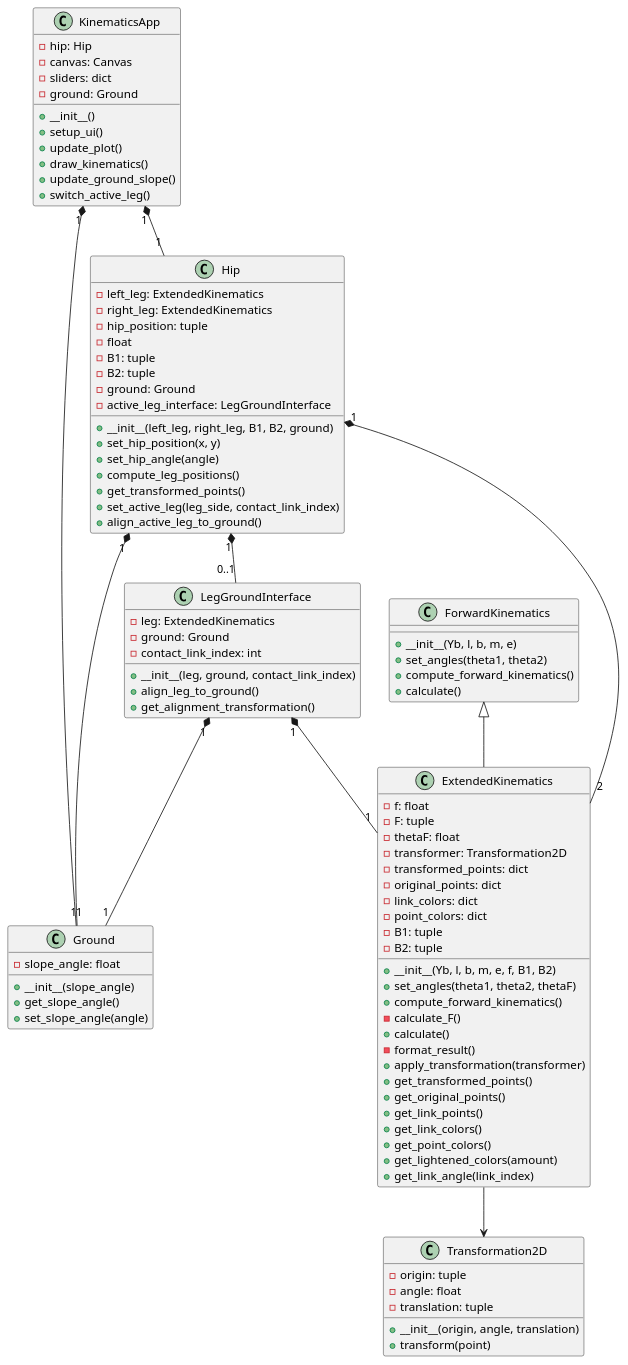
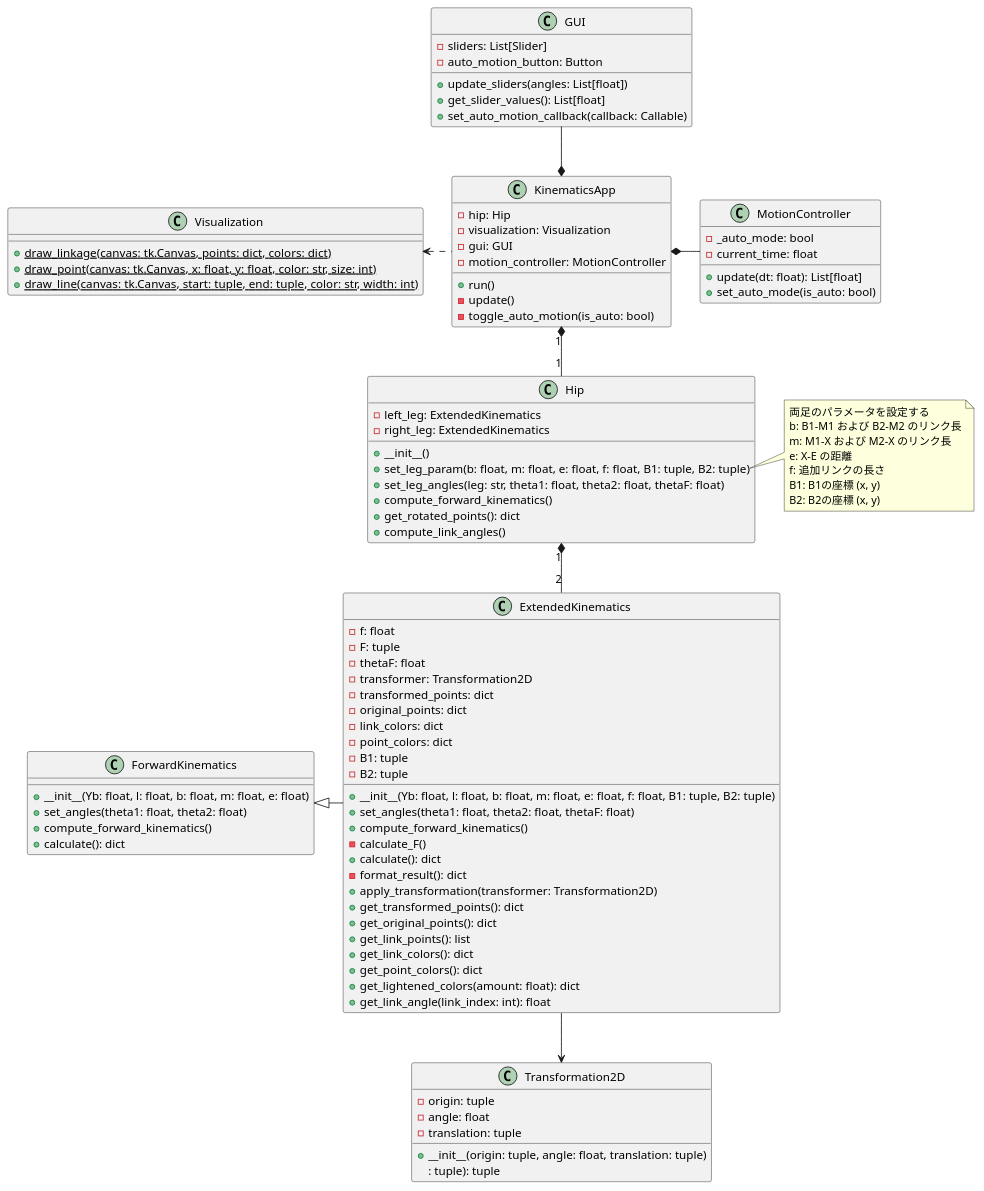
Before and after one commit to kumaxxp/symmetrical-five-bar-linkage: the diagram in docs/making_class.md, drawn with PlantUML. The commit also changed other lines of this file and 2 other files, not shown here.

Commit message:
クラス構造の資料を修正

````diff
--- a/docs/making_class.md
+++ b/docs/making_class.md
@@ -1,11 +5,10 @@
 ```plantuml
-
 @startuml
 class ForwardKinematics {
-  +__init__(Yb, l, b, m, e)
-  +set_angles(theta1, theta2)
+  +__init__(Yb: float, l: float, b: float, m: float, e: float)
+  +set_angles(theta1: float, theta2: float)
   +compute_forward_kinematics()
-  +calculate()
+  +calculate(): dict
 }
 
 class ExtendedKinematics {
@@ -19,87 +22,92 @@
   -point_colors: dict
   -B1: tuple
   -B2: tuple
-  +__init__(Yb, l, b, m, e, f, B1, B2)
-  +set_angles(theta1, theta2, thetaF)
+  +__init__(Yb: float, l: float, b: float, m: float, e: float, f: float, B1: tuple, B2: tuple)
+  +set_angles(theta1: float, theta2: float, thetaF: float)
   +compute_forward_kinematics()
   -calculate_F()
-  +calculate()
-  -format_result()
-  +apply_transformation(transformer)
-  +get_transformed_points()
-  +get_original_points()
-  +get_link_points()
-  +get_link_colors()
-  +get_point_colors()
-  +get_lightened_colors(amount)
-  +get_link_angle(link_index)
+  +calculate(): dict
+  -format_result(): dict
+  +apply_transformation(transformer: Transformation2D)
+  +get_transformed_points(): dict
+  +get_original_points(): dict
+  +get_link_points(): list
+  +get_link_colors(): dict
+  +get_point_colors(): dict
+  +get_lightened_colors(amount: float): dict
+  +get_link_angle(link_index: int): float
 }
 
 class Transformation2D {
   -origin: tuple
   -angle: float
   -translation: tuple
-  +__init__(origin, angle, translation)
-  +transform(point)
-}
-
-class Ground {
-  -slope_angle: float
-  +__init__(slope_angle)
-  +get_slope_angle()
-  +set_slope_angle(angle)
-}
-
-class LegGroundInterface {
-  -leg: ExtendedKinematics
-  -ground: Ground
-  -contact_link_index: int
-  +__init__(leg, ground, contact_link_index)
-  +align_leg_to_ground()
-  +get_alignment_transformation()
+  +__init__(origin: tuple, angle: float, translation: tuple)
+  : tuple): tuple
 }
 
 class Hip {
   -left_leg: ExtendedKinematics
   -right_leg: ExtendedKinematics
-  -hip_position: tuple
-  - float
-  -B1: tuple
-  -B2: tuple
-  -ground: Ground
-  -active_leg_interface: LegGroundInterface
-  +__init__(left_leg, right_leg, B1, B2, ground)
-  +set_hip_position(x, y)
-  +set_hip_angle(angle)
-  +compute_leg_positions()
-  +get_transformed_points()
-  +set_active_leg(leg_side, contact_link_index)
-  +align_active_leg_to_ground()
+  
+  +__init__()
+  +set_leg_param(b: float, m: float, e: float, f: float, B1: tuple, B2: tuple)
+  +set_leg_angles(leg: str, theta1: float, theta2: float, thetaF: float)
+  +compute_forward_kinematics()
+  +get_rotated_points(): dict
+  +compute_link_angles()
 }
 
+note right of Hip::set_leg_param
+  両足のパラメータを設定する
+  b: B1-M1 および B2-M2 のリンク長
+  m: M1-X および M2-X のリンク長
+  e: X-E の距離
+  f: 追加リンクの長さ
+  B1: B1の座標 (x, y)
+  B2: B2の座標 (x, y)
+end note
+
 class KinematicsApp {
-  -hip: Hip
-  -canvas: Canvas
-  -sliders: dict
-  -ground: Ground
-  +__init__()
-  +setup_ui()
-  +update_plot()
-  +draw_kinematics()
-  +update_ground_slope()
-  +switch_active_leg()
+  - hip: Hip
+  - visualization: Visualization
+  - gui: GUI
+  - motion_controller: MotionController
+  + run()
+  - update()
+  - toggle_auto_motion(is_auto: bool)
 }
 
-ForwardKinematics <|-- ExtendedKinematics
+
+class Visualization {
+  +{static} draw_linkage(canvas: tk.Canvas, points: dict, colors: dict)
+  +{static} draw_point(canvas: tk.Canvas, x: float, y: float, color: str, size: int)
+  +{static} draw_line(canvas: tk.Canvas, start: tuple, end: tuple, color: str, width: int)
+}
+
+class GUI {
+  - sliders: List[Slider]
+  - auto_motion_button: Button
+  + update_sliders(angles: List[float])
+  + get_slider_values(): List[float]
+  + set_auto_motion_callback(callback: Callable)
+}
+
+class MotionController {
+  -_auto_mode: bool
+  - current_time: float
+  + update(dt: float): List[float]
+  + set_auto_mode(is_auto: bool)
+}
+
+ForwardKinematics <|-r- ExtendedKinematics
 ExtendedKinematics --> Transformation2D
-Hip "1" *-- "2" ExtendedKinematics
-Hip "1" *-- "1" Ground
-Hip "1" *-- "0..1" LegGroundInterface
-LegGroundInterface "1" *-- "1" ExtendedKinematics
-LegGroundInterface "1" *-- "1" Ground
+Hip "1" *-d- "2" ExtendedKinematics
 KinematicsApp "1" *-- "1" Hip
-KinematicsApp "1" *-- "1" Ground
+KinematicsApp .l.> Visualization
+KinematicsApp *-u- GUI
+KinematicsApp *-r- MotionController
+
 @enduml
 
-
 ```
````
